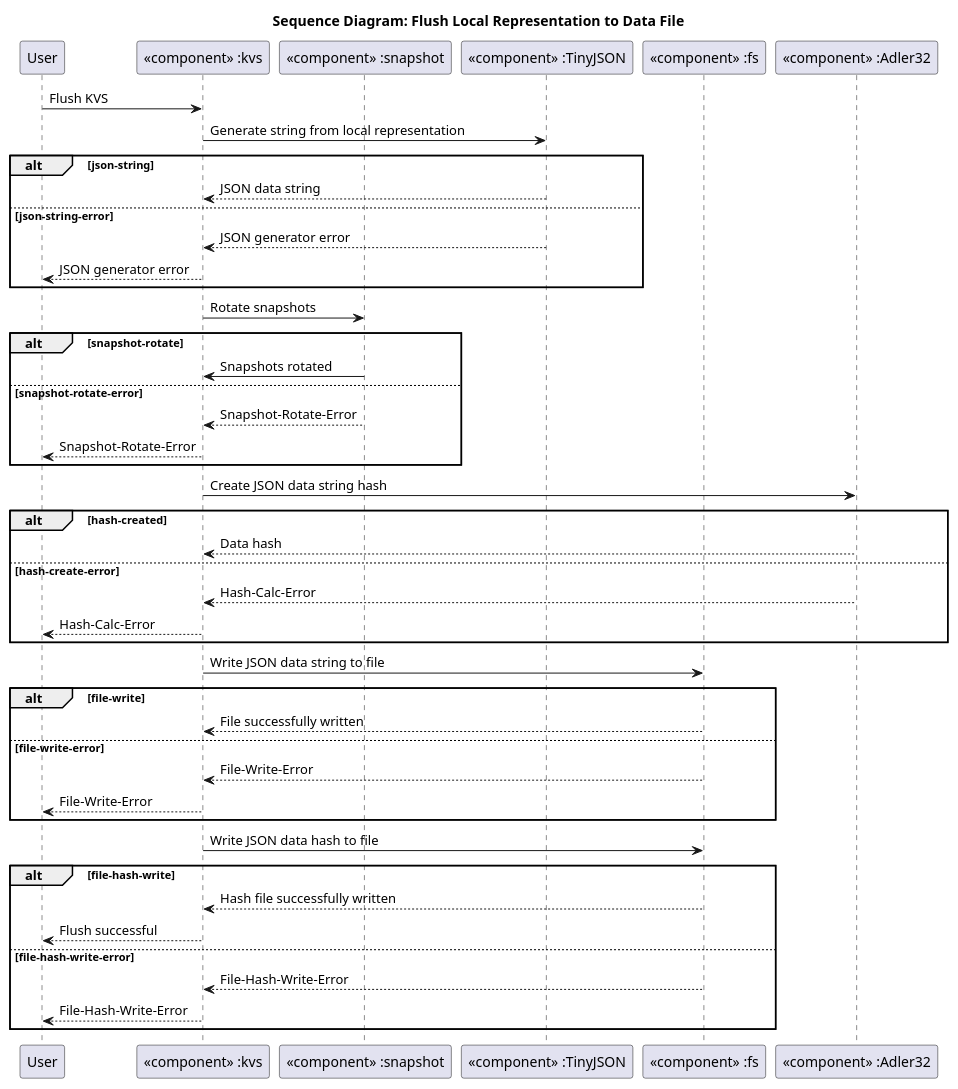
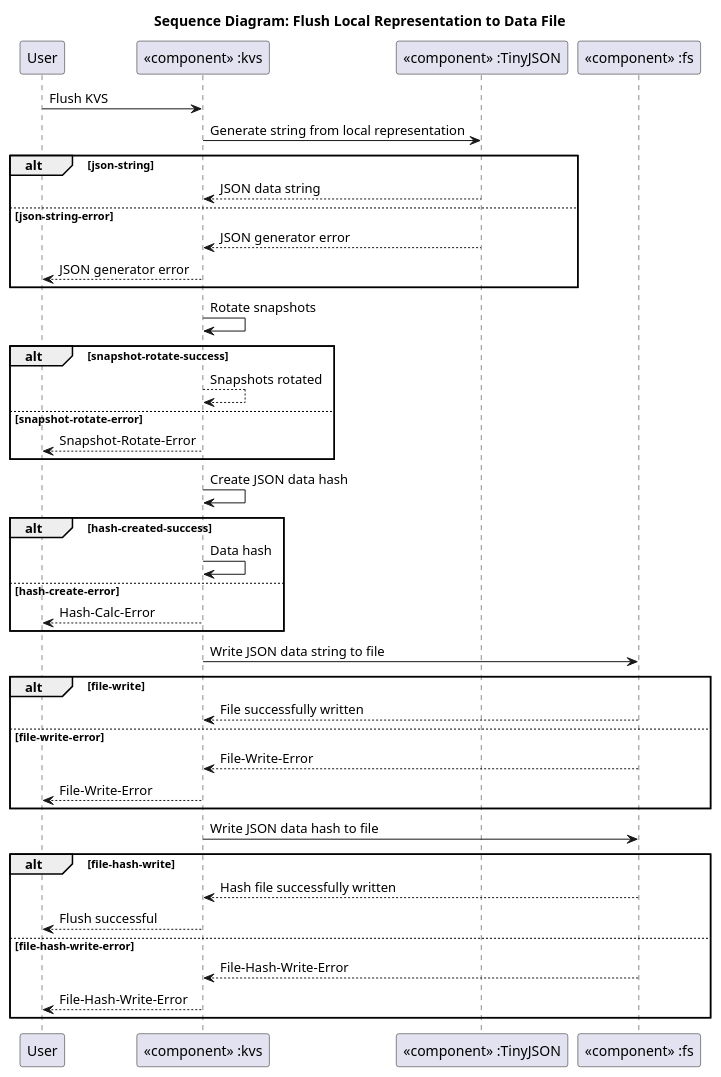
One commit to umaucher/score changed the diagram in docs/features/persistency/kvs/architecture/_assets/kvs_dyn_flush_local_repr_to_file.puml. Above: the diagram before and after it, drawn with PlantUML. The commit also changed 4 other files, not shown here.

Commit message:
persistency_kvs: synced components in feature architecture

```diff
--- a/docs/features/persistency/kvs/architecture/_assets/kvs_dyn_flush_local_repr_to_file.puml
+++ b/docs/features/persistency/kvs/architecture/_assets/kvs_dyn_flush_local_repr_to_file.puml
@@ -1,60 +1,56 @@
 @startuml
 
 title Sequence Diagram: Flush Local Representation to Data File
 
 participant "User" as actor
 participant "«component» :kvs" as kvs
-participant "«component» :snapshot" as snapshot
 participant "«component» :TinyJSON" as json_parser
 participant "«component» :fs" as fs
-participant "«component» :Adler32" as hasher
 
 actor -> kvs: Flush KVS
 
 kvs -> json_parser: Generate string from local representation
 
 alt json-string
     json_parser --> kvs: JSON data string
 else json-string-error
     json_parser --> kvs: JSON generator error
     kvs --> actor: JSON generator error
 end
 
-kvs -> snapshot: Rotate snapshots
+kvs -> kvs: Rotate snapshots
 
-alt snapshot-rotate
-    snapshot -> kvs: Snapshots rotated
+alt snapshot-rotate-success
+    kvs --> kvs: Snapshots rotated
 else snapshot-rotate-error
-    snapshot --> kvs: Snapshot-Rotate-Error
     kvs --> actor: Snapshot-Rotate-Error
 end
 
-kvs -> hasher: Create JSON data string hash
+kvs -> kvs: Create JSON data hash
 
-alt hash-created
-    hasher --> kvs: Data hash
+alt hash-created-success
+    kvs -> kvs: Data hash
 else hash-create-error
-    hasher --> kvs: Hash-Calc-Error
     kvs --> actor: Hash-Calc-Error
 end
 
 kvs -> fs: Write JSON data string to file
 
 alt file-write
     fs --> kvs: File successfully written
 else file-write-error
     fs --> kvs: File-Write-Error
     kvs --> actor: File-Write-Error
 end
 
 kvs -> fs: Write JSON data hash to file
 
 alt file-hash-write
     fs --> kvs: Hash file successfully written
     kvs --> actor: Flush successful
 else file-hash-write-error
     fs --> kvs: File-Hash-Write-Error
     kvs --> actor: File-Hash-Write-Error
 end
 
 @enduml
```
